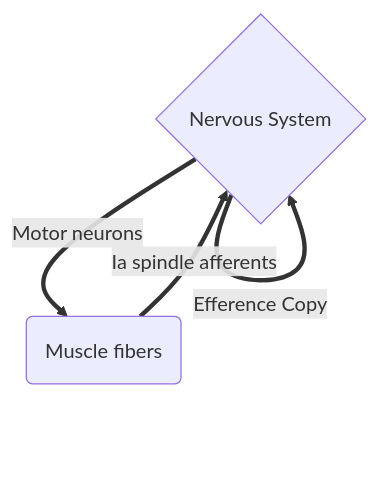
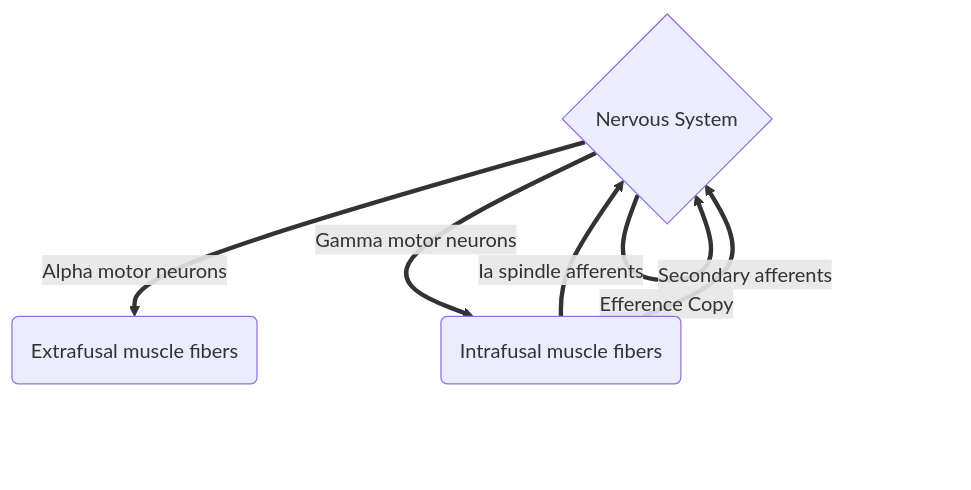
The fifth of 5 diagrams in src/resources/action.qmd (psu-psychology/psy-511-scan-fdns-2024-spring), drawn with Mermaid before and after one commit. The commit also changed other lines of this file and 2 other files, not shown here.

Commit message:
Move around figures in action.qmd

````diff
--- a/src/resources/action.qmd
+++ b/src/resources/action.qmd
@@ -294,8 +315,10 @@
 ```{mermaid}
 %%| title: Nervous system output
 %%| fig-cap: Highlighting the output stream
 flowchart TD
-N{Nervous System} ==>|Motor neurons|B(Muscle fibers)
+N{Nervous System} ==>|Alpha motor neurons|B(Extrafusal muscle fibers)
+N ==>|Gamma motor neurons|C(Intrafusal muscle fibers)
 N ==>|Efference Copy|N
-B ==>|Ia spindle afferents|N
+C ==>|Ia spindle afferents|N
+C ==>|Secondary afferents|N
 ```
````
